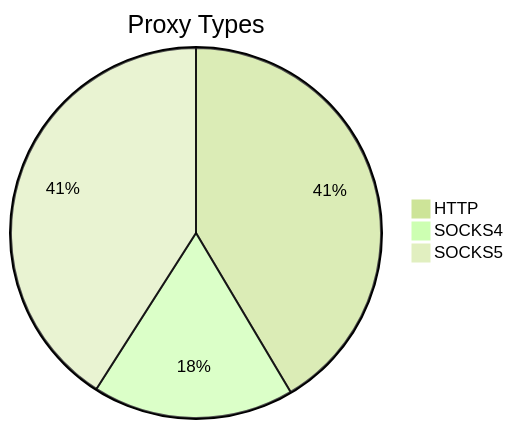
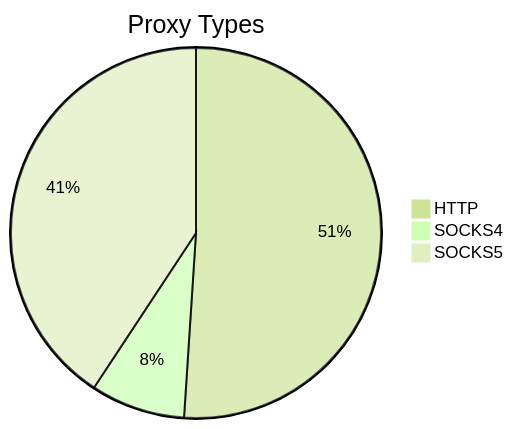
Before and after one commit to stormsia/proxy-list: the first of 2 diagrams in README.md, drawn with Mermaid (forest theme). The commit also changed other lines of this file, not shown here.

````diff
--- a/README.md
+++ b/README.md
@@ -21,6 +21,6 @@
 ```mermaid
 pie title Proxy Types
-    "HTTP" : 165
-    "SOCKS4" : 70
-    "SOCKS5" : 163
+    "HTTP" : 99
+    "SOCKS4" : 16
+    "SOCKS5" : 79
 ```
````
